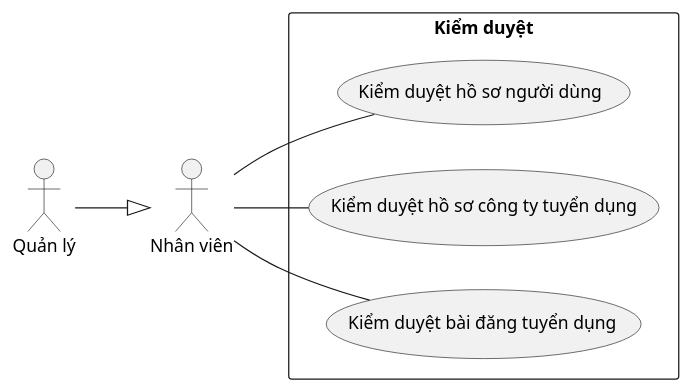
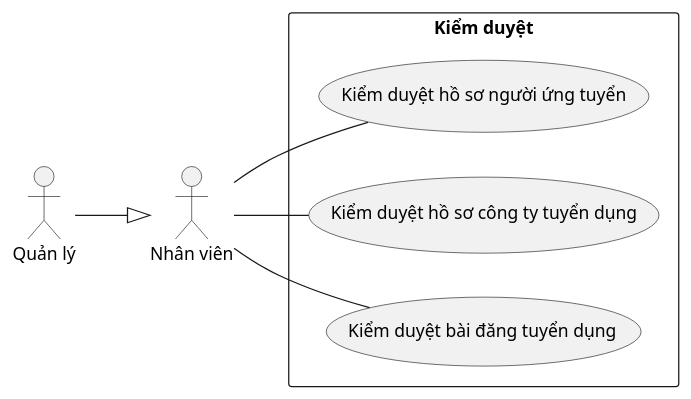
The diagram in Lab1/Lab 1.2 Diagram/Use case/FilePUML/15. KiemDuyet.puml (Griselda4774/EAS-EmploymentAssistanceSystem), drawn with PlantUML before and after one commit. The commit also changed 13 other files, not shown here.

```diff
--- a/Lab1/Lab 1.2 Diagram/Use case/FilePUML/15. KiemDuyet.puml
+++ b/Lab1/Lab 1.2 Diagram/Use case/FilePUML/15. KiemDuyet.puml
@@ -1,19 +1,19 @@
 @startuml KiemDuyet
 left to right direction
 
 actor "Quản lý" as quanLy
 actor "Nhân viên" as nhanVien
 
 rectangle "Kiểm duyệt" {
-    usecase "Kiểm duyệt hồ sơ người dùng" as kiemDuyetHoSoNguoiDung
+    usecase "Kiểm duyệt hồ sơ người ứng tuyển" as kiemDuyetHoSoNguoiUngTuyen
     usecase "Kiểm duyệt hồ sơ công ty tuyển dụng" as kiemDuyetHoSoCongTyTuyenDung
     usecase "Kiểm duyệt bài đăng tuyển dụng" as kiemDuyetBaiDangTuyenDung
 }
 
-nhanVien -- kiemDuyetHoSoNguoiDung
+nhanVien -- kiemDuyetHoSoNguoiUngTuyen
 nhanVien -- kiemDuyetHoSoCongTyTuyenDung
 nhanVien -- kiemDuyetBaiDangTuyenDung
 
 quanLy --^ nhanVien
 
 @enduml
```
